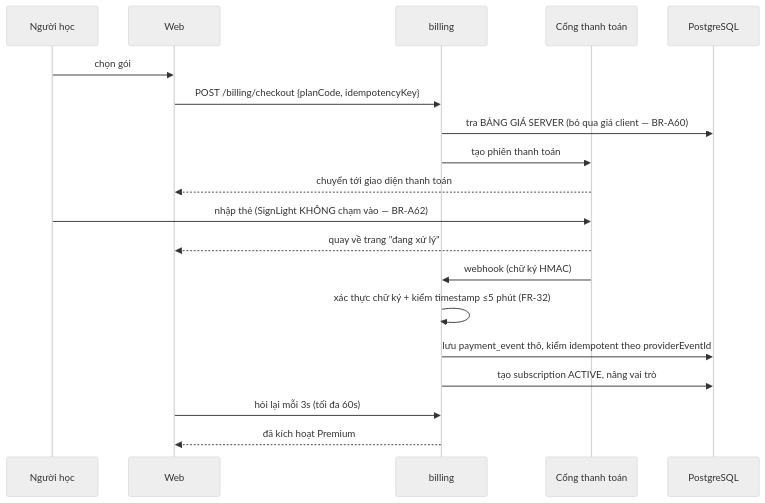
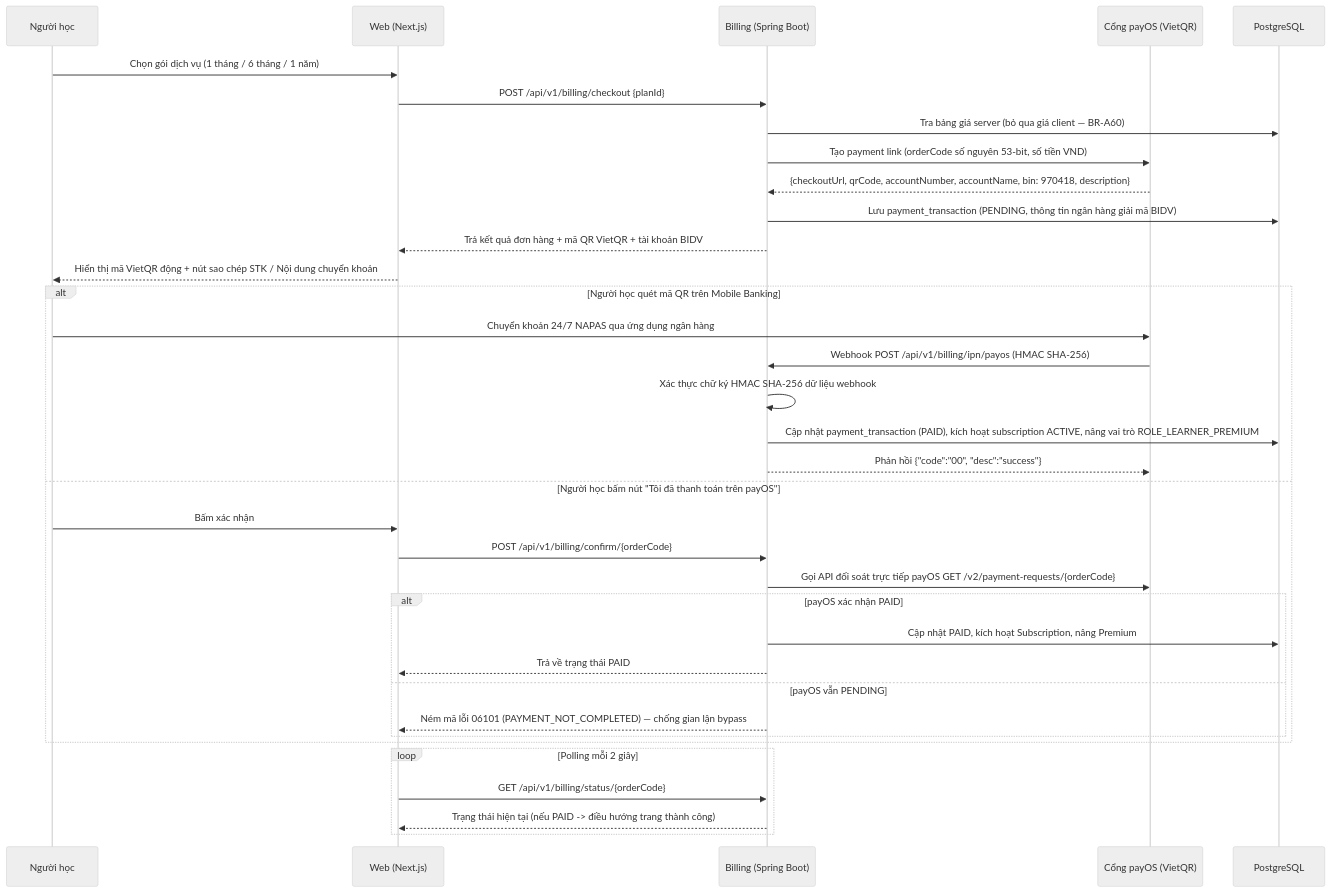
One commit to dathihi1/sightlight changed the fourth of 4 diagrams in docs/sa/HLD.md. Above: the diagram before and after it, drawn with Mermaid (neutral theme). The commit also changed other lines of this file and 224 other files, not shown here.

````diff
--- a/docs/sa/HLD.md
+++ b/docs/sa/HLD.md
@@ -236,22 +238,40 @@
 ```mermaid
 sequenceDiagram
     participant U as Người học
-    participant FE as Web
-    participant B as billing
-    participant PAY as Cổng thanh toán
+    participant FE as Web (Next.js)
+    participant B as Billing (Spring Boot)
+    participant PAY as Cổng payOS (VietQR)
     participant DB as PostgreSQL
 
-    U->>FE: chọn gói
-    FE->>B: POST /billing/checkout {planCode, idempotencyKey}
-    B->>DB: tra BẢNG GIÁ SERVER (bỏ qua giá client — BR-A60)
-    B->>PAY: tạo phiên thanh toán
-    PAY-->>FE: chuyển tới giao diện thanh toán
-    U->>PAY: nhập thẻ (SignLight KHÔNG chạm vào — BR-A62)
-    PAY-->>FE: quay về trang "đang xử lý"
-    PAY->>B: webhook (chữ ký HMAC)
-    B->>B: xác thực chữ ký + kiểm timestamp ≤5 phút (FR-32)
-    B->>DB: lưu payment_event thô, kiểm idempotent theo providerEventId
-    B->>DB: tạo subscription ACTIVE, nâng vai trò
-    FE->>B: hỏi lại mỗi 3s (tối đa 60s)
-    B-->>FE: đã kích hoạt Premium
+    U->>FE: Chọn gói dịch vụ (1 tháng / 6 tháng / 1 năm)
+    FE->>B: POST /api/v1/billing/checkout {planId}
+    B->>DB: Tra bảng giá server (bỏ qua giá client — BR-A60)
+    B->>PAY: Tạo payment link (orderCode số nguyên 53-bit, số tiền VND)
+    PAY-->>B: {checkoutUrl, qrCode, accountNumber, accountName, bin: 970418, description}
+    B->>DB: Lưu payment_transaction (PENDING, thông tin ngân hàng giải mã BIDV)
+    B-->>FE: Trả kết quả đơn hàng + mã QR VietQR + tài khoản BIDV
+    FE-->>U: Hiển thị mã VietQR động + nút sao chép STK / Nội dung chuyển khoản
+
+    alt Người học quét mã QR trên Mobile Banking
+        U->>PAY: Chuyển khoản 24/7 NAPAS qua ứng dụng ngân hàng
+        PAY->>B: Webhook POST /api/v1/billing/ipn/payos (HMAC SHA-256)
+        B->>B: Xác thực chữ ký HMAC SHA-256 dữ liệu webhook
+        B->>DB: Cập nhật payment_transaction (PAID), kích hoạt subscription ACTIVE, nâng vai trò ROLE_LEARNER_PREMIUM
+        B-->>PAY: Phản hồi {"code":"00", "desc":"success"}
+    else Người học bấm nút "Tôi đã thanh toán trên payOS"
+        U->>FE: Bấm xác nhận
+        FE->>B: POST /api/v1/billing/confirm/{orderCode}
+        B->>PAY: Gọi API đối soát trực tiếp payOS GET /v2/payment-requests/{orderCode}
+        alt payOS xác nhận PAID
+            B->>DB: Cập nhật PAID, kích hoạt Subscription, nâng Premium
+            B-->>FE: Trả về trạng thái PAID
+        else payOS vẫn PENDING
+            B-->>FE: Ném mã lỗi 06101 (PAYMENT_NOT_COMPLETED) — chống gian lận bypass
+        end
+    end
+
+    loop Polling mỗi 2 giây
+        FE->>B: GET /api/v1/billing/status/{orderCode}
+        B-->>FE: Trạng thái hiện tại (nếu PAID -> điều hướng trang thành công)
+    end
 ```
````
